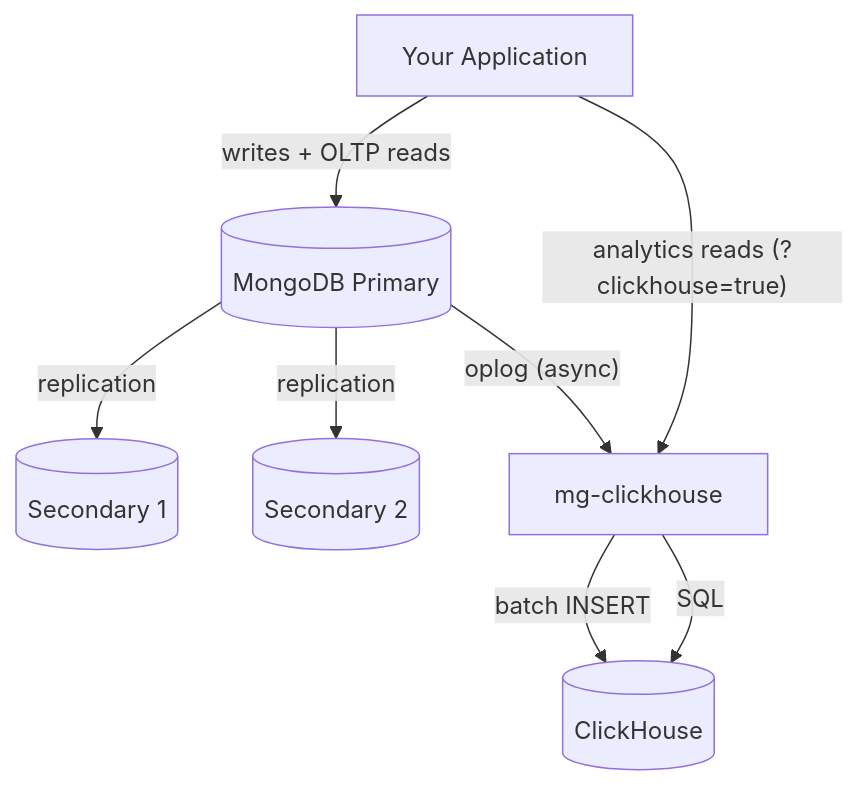
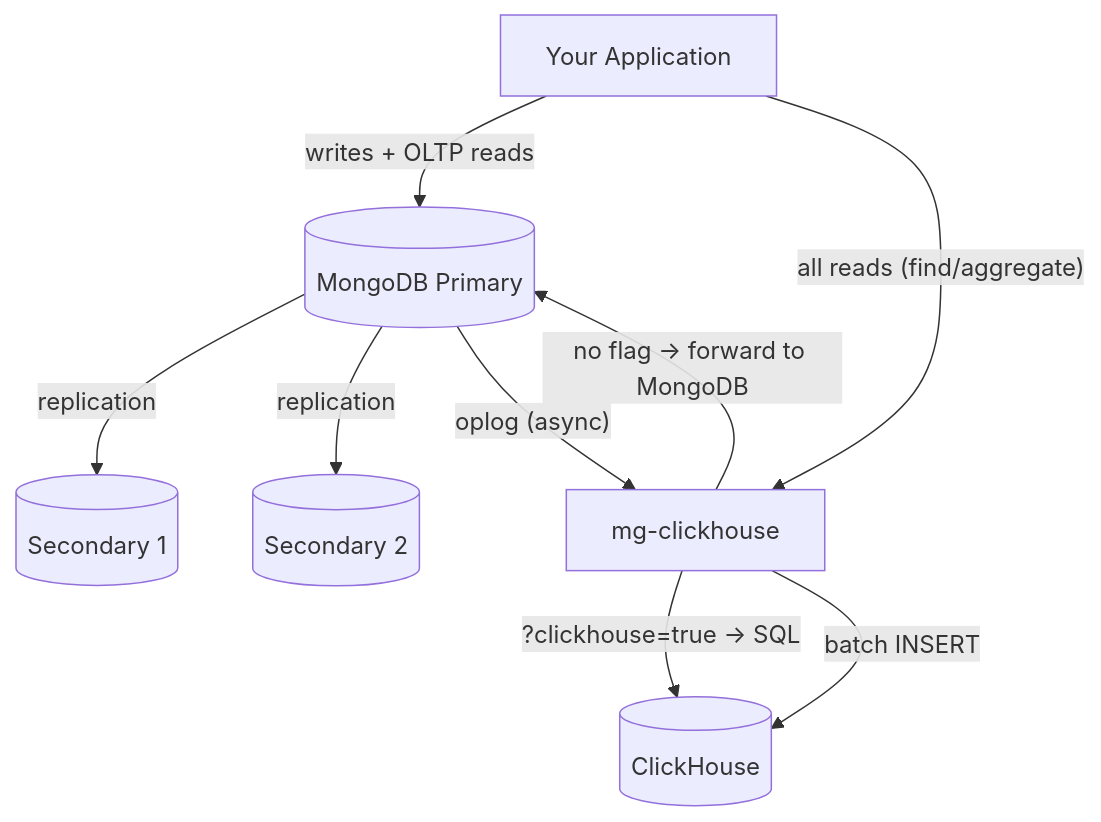
Before and after one commit to mrityunjaysharma/mongo-flux: the diagram in README.md, drawn with Mermaid. The commit also changed other lines of this file and 4 other files, not shown here.

````diff
--- a/README.md
+++ b/README.md
@@ -23,10 +23,11 @@
 ```mermaid
 flowchart TD
     APP[Your Application] -->|writes + OLTP reads| MGP[(MongoDB Primary)]
     MGP -->|replication| MGS1[(Secondary 1)]
     MGP -->|replication| MGS2[(Secondary 2)]
-    APP -->|"analytics reads (?clickhouse=true)"| MGC[mg-clickhouse]
+    APP -->|"all reads (find/aggregate)"| MGC[mg-clickhouse]
+    MGC -->|"?clickhouse=true → SQL"| CH[(ClickHouse)]
+    MGC -->|"no flag → forward to MongoDB"| MGP
     MGP -->|"oplog (async)"| MGC
-    MGC -->|batch INSERT| CH[(ClickHouse)]
-    MGC -->|SQL| CH
+    MGC -->|batch INSERT| CH
 ```
````
